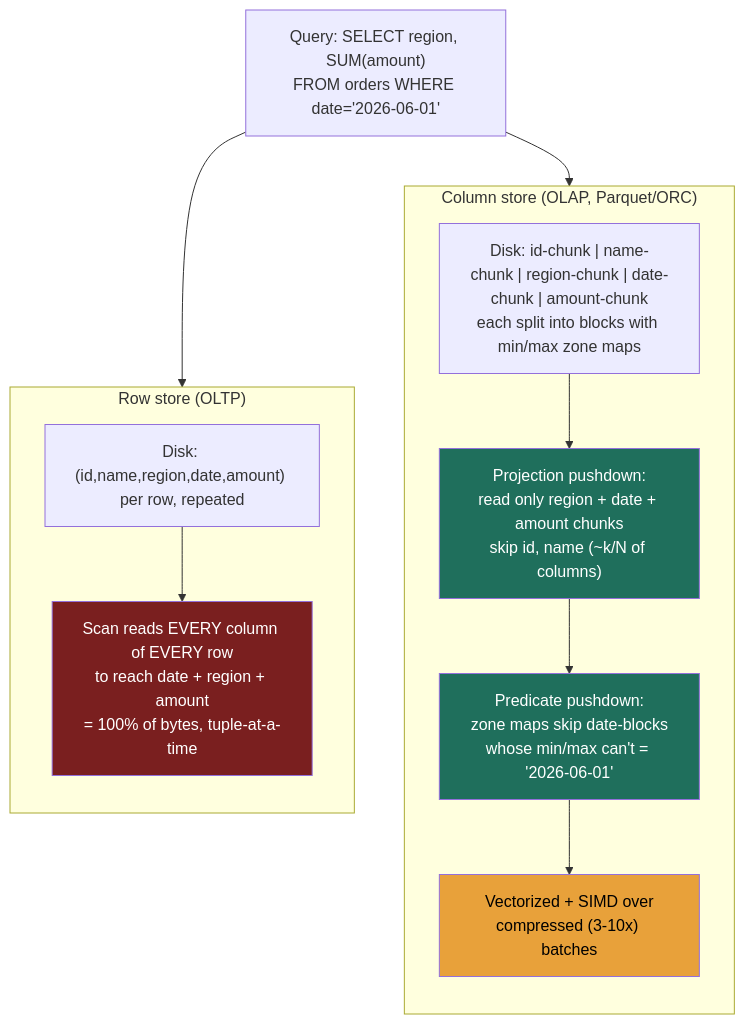
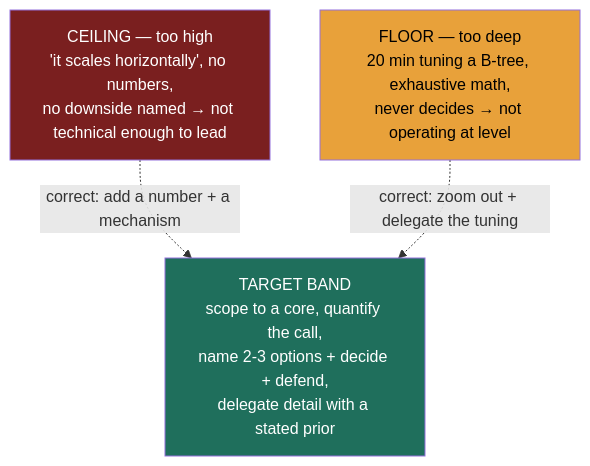
Before and after one commit to hkrathore/sysdesign-course: the diagram in src/content/docs/module-13/lesson-13-2.md, drawn with Mermaid. The commit also changed other lines of this file and 164 other files, not shown here.

````diff
--- a/src/content/docs/module-13/lesson-13-2.md
+++ b/src/content/docs/module-13/lesson-13-2.md
@@ -68,27 +88,11 @@
 ```mermaid
-flowchart TB
-    Q["Query: SELECT region, SUM(amount)<br/>FROM orders WHERE date='2026-06-01'"]
-
-    subgraph ROW["Row store (OLTP)"]
-      direction TB
-      R["Disk: (id,name,region,date,amount) per row, repeated"]
-      RREAD["Scan reads EVERY column of EVERY row<br/>to reach date + region + amount<br/>= 100% of bytes, tuple-at-a-time"]
-      R --> RREAD
-    end
-
-    subgraph COL["Column store (OLAP, Parquet/ORC)"]
-      direction TB
-      C["Disk: id-chunk | name-chunk | region-chunk | date-chunk | amount-chunk<br/>each split into blocks with min/max zone maps"]
-      PROJ["Projection pushdown:<br/>read only region + date + amount chunks<br/>skip id, name (~k/N of columns)"]
-      PRED["Predicate pushdown:<br/>zone maps skip date-blocks<br/>whose min/max can't = '2026-06-01'"]
-      VEC["Vectorized + SIMD over<br/>compressed (3-10x) batches"]
-      C --> PROJ --> PRED --> VEC
-    end
-
-    Q --> ROW
-    Q --> COL
-    style RREAD fill:#7a1f1f,color:#fff
-    style PROJ fill:#1f6f5c,color:#fff
-    style PRED fill:#1f6f5c,color:#fff
-    style VEC fill:#e8a13a,color:#000
+flowchart TD
+    CEIL["CEILING — too high<br/>'it scales horizontally', no numbers,<br/>no downside named → not technical enough to lead"]
+    BAND["TARGET BAND<br/>scope to a core, quantify the call,<br/>name 2-3 options + decide + defend,<br/>delegate detail with a stated prior"]
+    FLOOR["FLOOR — too deep<br/>20 min tuning a B-tree, exhaustive math,<br/>never decides → not operating at level"]
+    CEIL -.->|correct: add a number + a mechanism| BAND
+    FLOOR -.->|correct: zoom out + delegate the tuning| BAND
+    style BAND fill:#1f6f5c,color:#fff
+    style CEIL fill:#7a1f1f,color:#fff
+    style FLOOR fill:#e8a13a,color:#000
 ```
````
